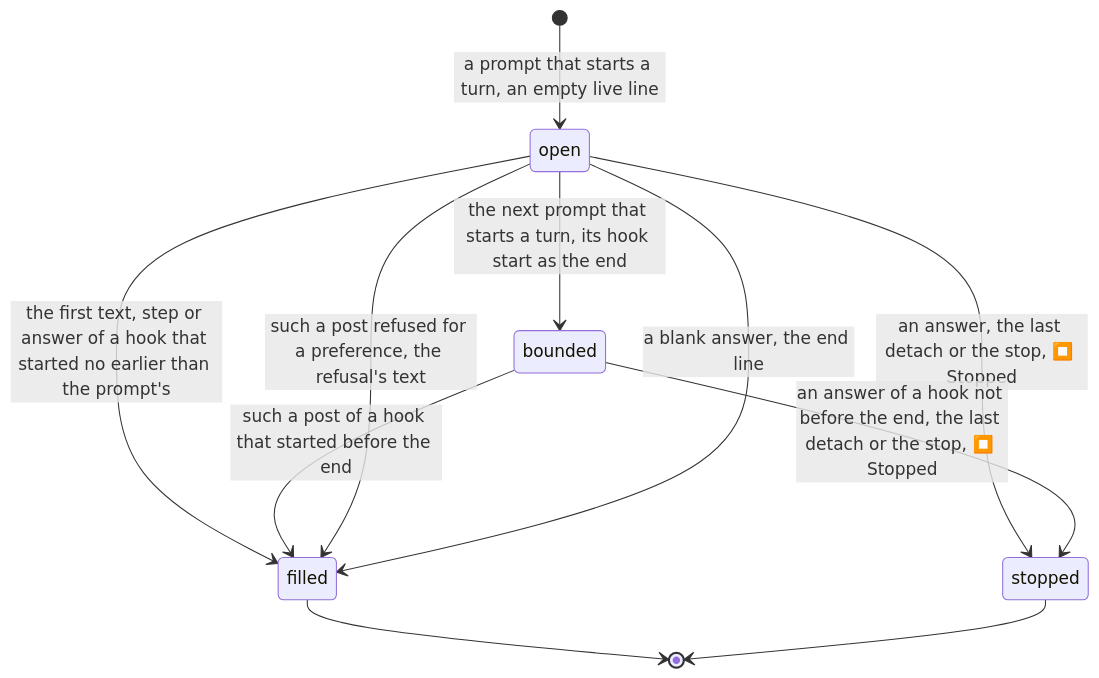
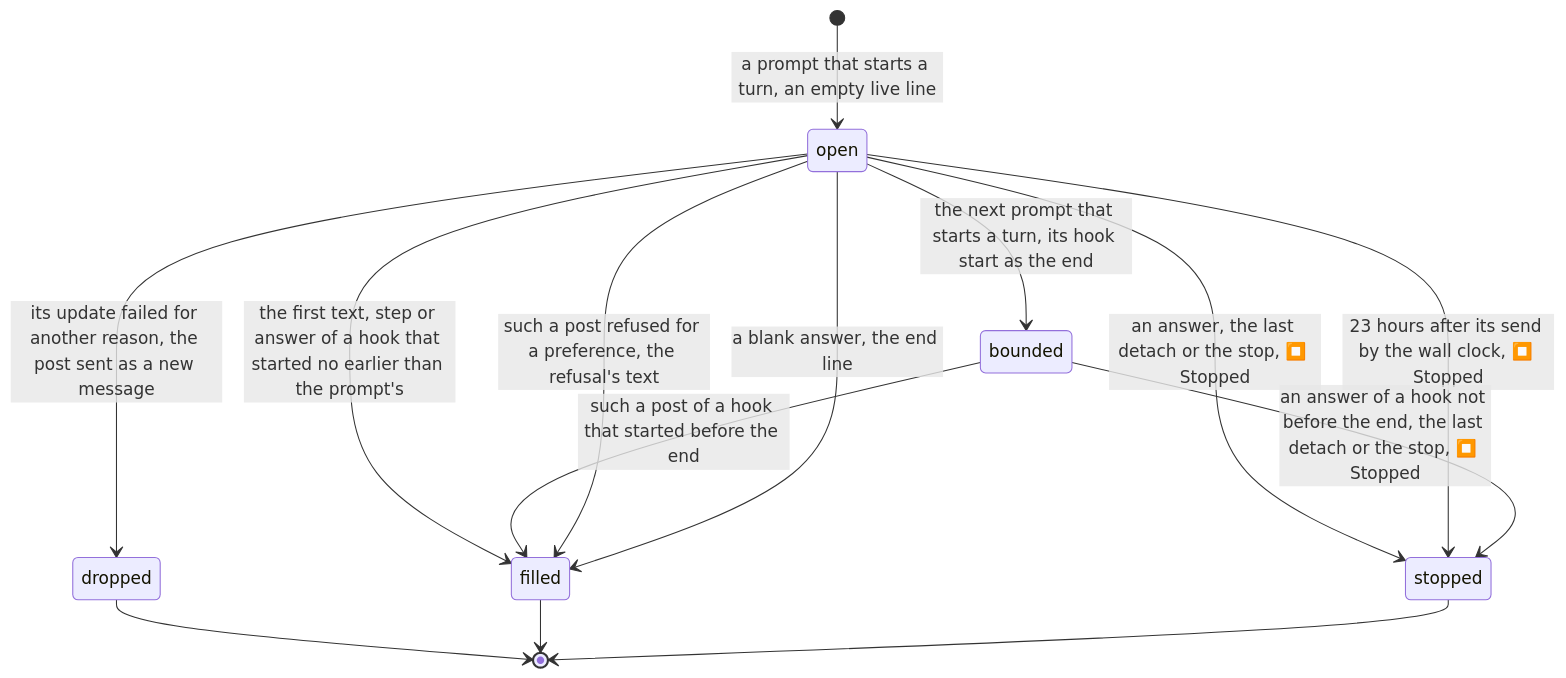
One commit to simplex-chat/simplex-chat changed the seventh of 7 diagrams in packages/simplex-chat-mcp/spec/architecture.md. Above: the diagram before and after it, drawn with Mermaid. The commit also changed other lines of this file and 7 other files, not shown here.

````diff
--- a/packages/simplex-chat-mcp/spec/architecture.md
+++ b/packages/simplex-chat-mcp/spec/architecture.md
@@ -1258,13 +1270,16 @@
 ```mermaid
 stateDiagram-v2
   [*] --> open: a prompt that starts a turn, an empty live line
   open --> bounded: the next prompt that starts a turn, its hook start as the end
   open --> filled: the first text, step or answer of a hook that started no earlier than the prompt's
   bounded --> filled: such a post of a hook that started before the end
   open --> filled: such a post refused for a preference, the refusal's text
   open --> filled: a blank answer, the end line
+  open --> dropped: its update failed for another reason, the post sent as a new message
   open --> stopped: an answer, the last detach or the stop, ⏹️ Stopped
+  open --> stopped: 23 hours after its send by the wall clock, ⏹️ Stopped
   bounded --> stopped: an answer of a hook not before the end, the last detach or the stop, ⏹️ Stopped
+  dropped --> [*]
   filled --> [*]
   stopped --> [*]
 ```
````
